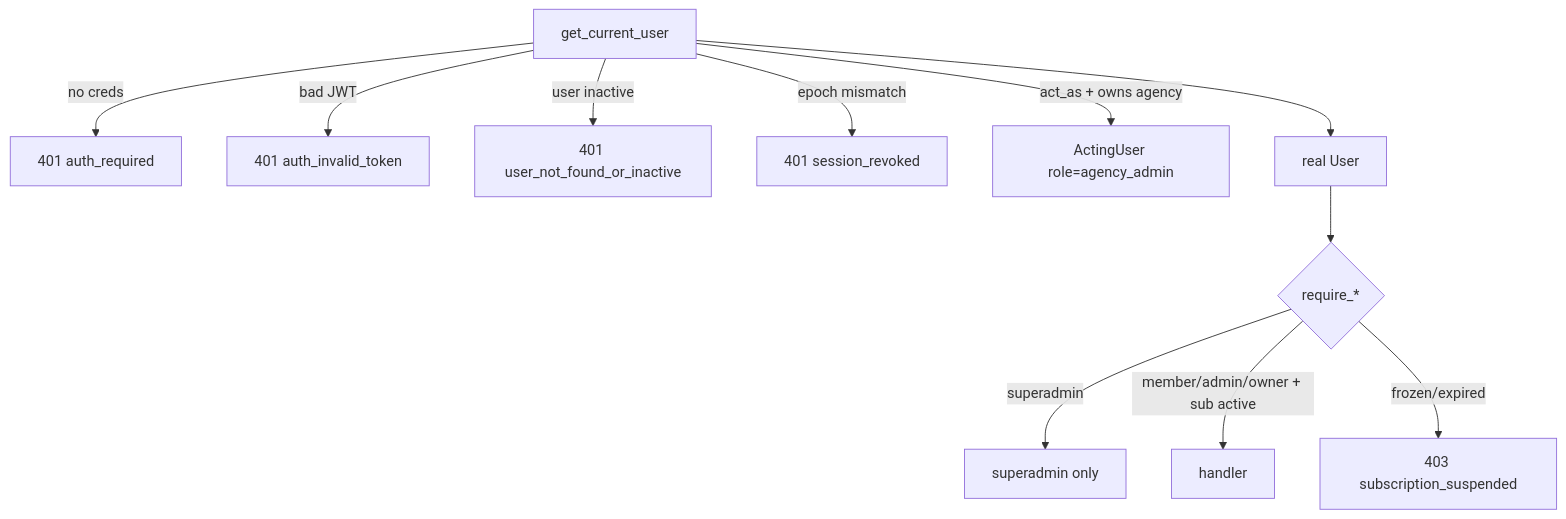
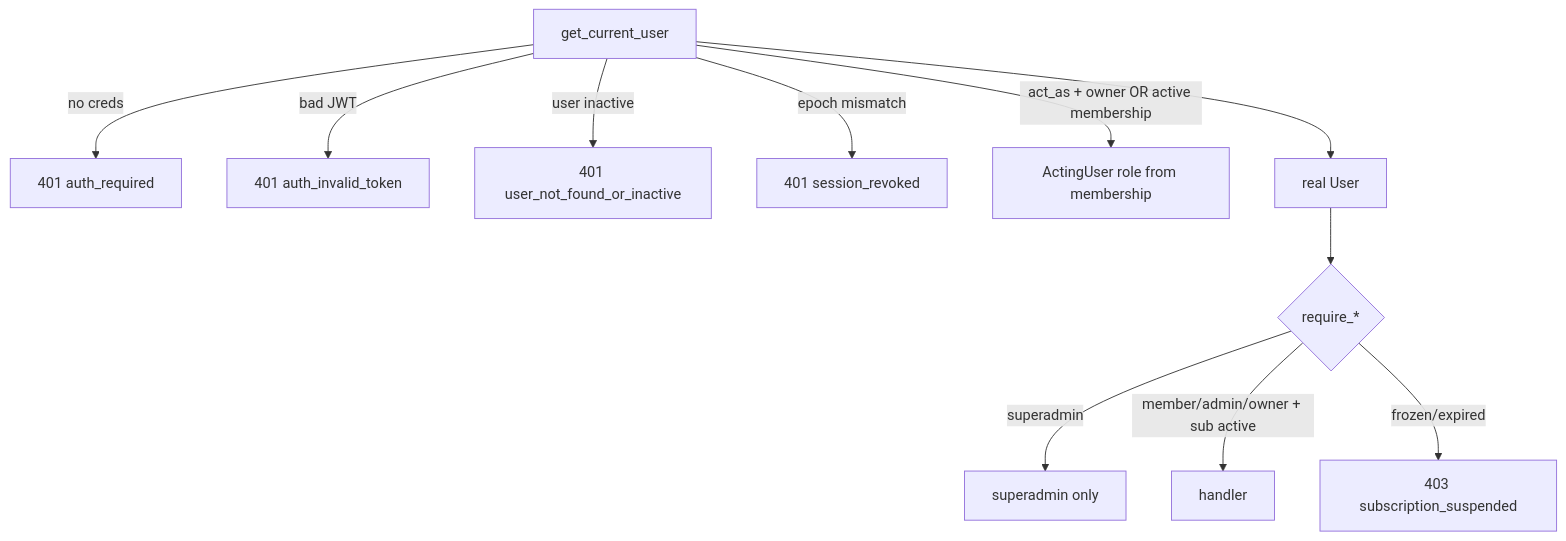
One commit to adkhmbekk/Realty-AI changed the fourth of 6 diagrams in TECHNICAL_DOCUMENTATION.md. Above: the diagram before and after it, drawn with Mermaid. The commit also changed other lines of this file and 4 other files, not shown here.

````diff
--- a/TECHNICAL_DOCUMENTATION.md
+++ b/TECHNICAL_DOCUMENTATION.md
@@ -544,13 +584,13 @@
 ```mermaid
 flowchart TD
   A[get_current_user] -->|no creds| E401[401 auth_required]
   A -->|bad JWT| E401b[401 auth_invalid_token]
   A -->|user inactive| E401c[401 user_not_found_or_inactive]
   A -->|epoch mismatch| E401d[401 session_revoked]
-  A -->|act_as + owns agency| ACT[ActingUser role=agency_admin]
+  A -->|act_as + owner OR active membership| ACT[ActingUser role from membership]
   A --> U[real User]
   U --> G{require_*}
   G -->|superadmin| SA[superadmin only]
   G -->|member/admin/owner + sub active| OK[handler]
   G -->|frozen/expired| E403[403 subscription_suspended]
 ```
````
